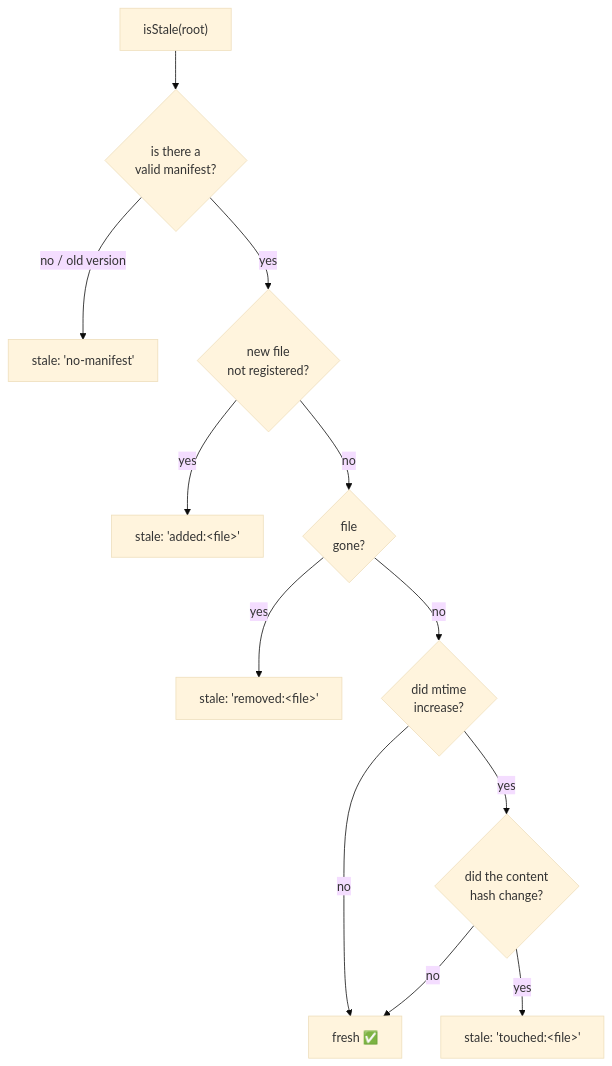
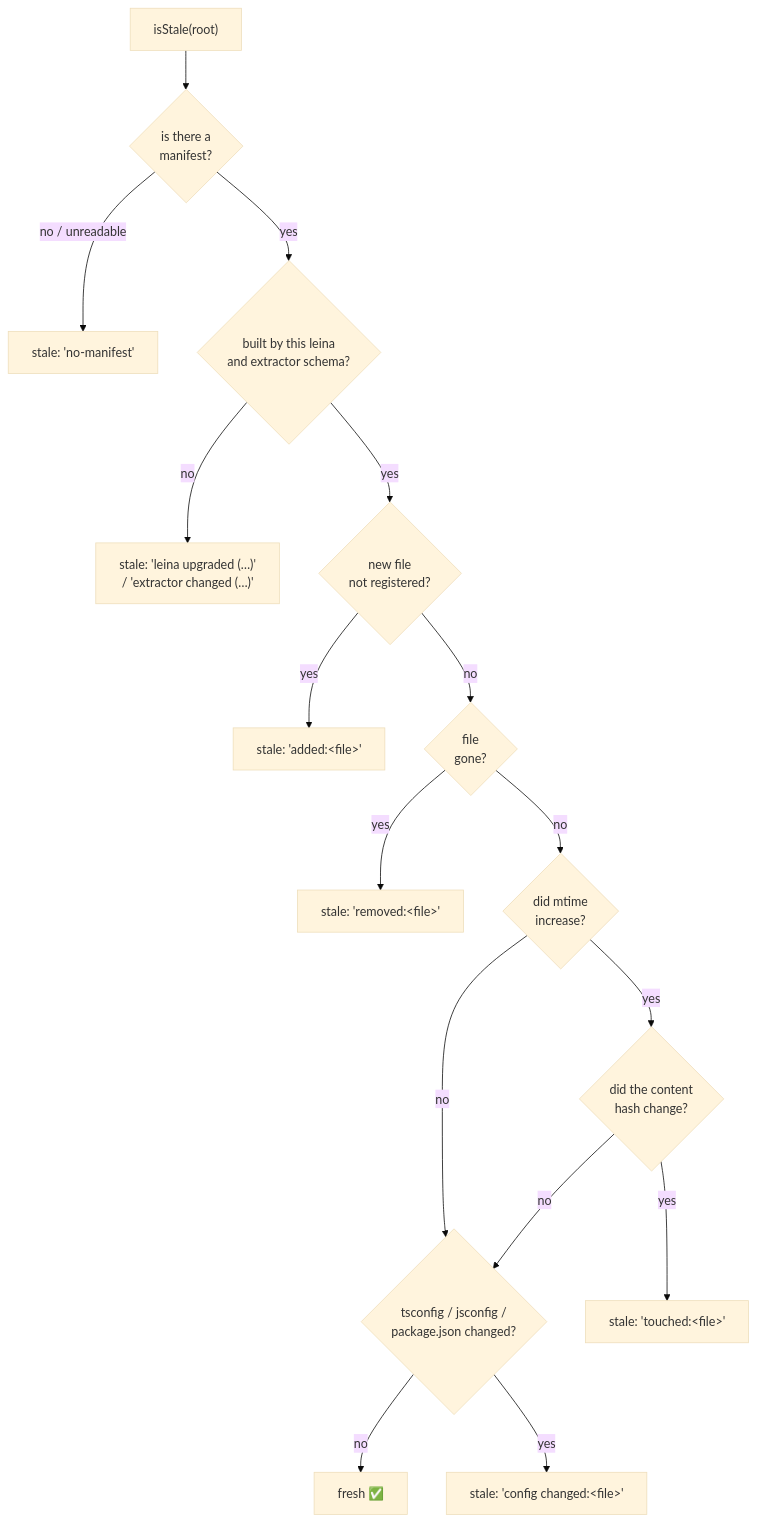
Before and after one commit to Kolimar/leina: the fourth of 5 diagrams in docs/concepts/03-busqueda-y-consultas.md, drawn with Mermaid (base theme). The commit also changed other lines of this file and 9 other files, not shown here.

First line of the commit message:
fix(freshness): stamp the build basis and treat config edits as staleness

````diff
--- a/docs/concepts/03-busqueda-y-consultas.md
+++ b/docs/concepts/03-busqueda-y-consultas.md
@@ -148,14 +148,18 @@
 ```mermaid
 flowchart TD
-    start["isStale(root)"] --> man{is there a<br/>valid manifest?}
-    man -->|no / old version| stale1["stale: 'no-manifest'"]
-    man -->|yes| added{new file<br/>not registered?}
+    start["isStale(root)"] --> man{is there a<br/>manifest?}
+    man -->|no / unreadable| stale1["stale: 'no-manifest'"]
+    man -->|yes| basis{built by this leina<br/>and extractor schema?}
+    basis -->|no| stale0["stale: 'leina upgraded (…)'<br/>/ 'extractor changed (…)'"]
+    basis -->|yes| added{new file<br/>not registered?}
     added -->|yes| stale2["stale: 'added:&lt;file&gt;'"]
     added -->|no| gone{file<br/>gone?}
     gone -->|yes| stale3["stale: 'removed:&lt;file&gt;'"]
     gone -->|no| mt{did mtime<br/>increase?}
-    mt -->|no| fresh["fresh ✅"]
+    mt -->|no| cfg{tsconfig / jsconfig /<br/>package.json changed?}
     mt -->|yes| hash{did the content<br/>hash change?}
-    hash -->|no| fresh
+    hash -->|no| cfg
     hash -->|yes| stale4["stale: 'touched:&lt;file&gt;'"]
+    cfg -->|no| fresh["fresh ✅"]
+    cfg -->|yes| stale5["stale: 'config changed:&lt;file&gt;'"]
 ```
````
